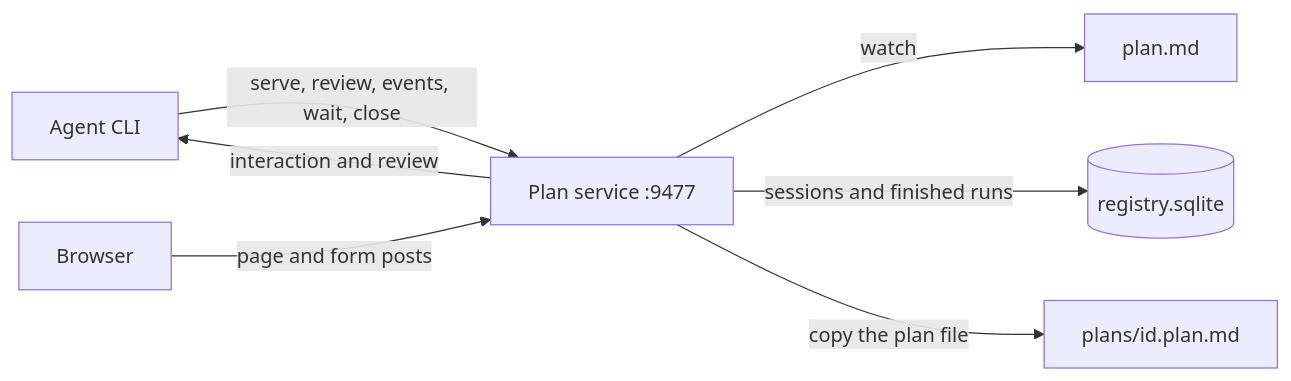
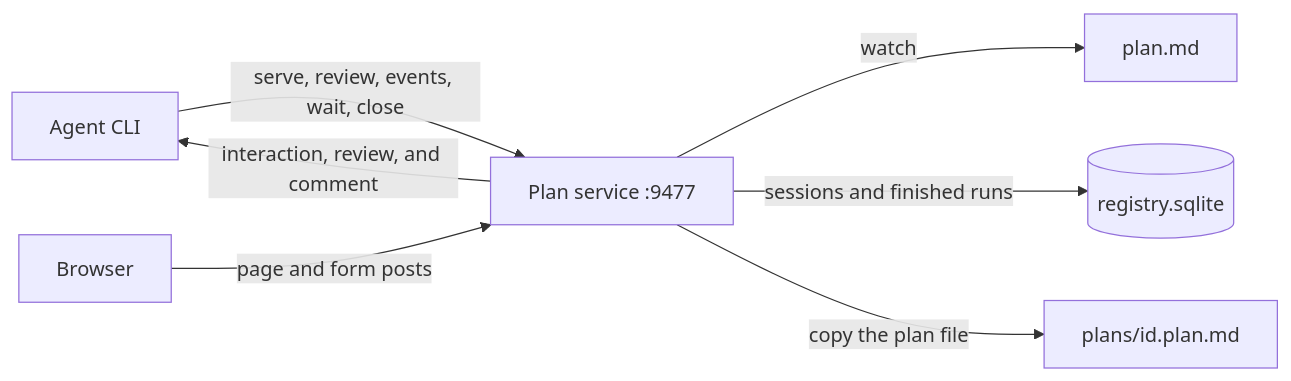
Before and after one commit to marco-calderon/visual-living-plan: the first of 5 diagrams in docs/architecture/README.md, drawn with Mermaid. The commit also changed other lines of this file and 33 other files, not shown here.

````diff
--- a/docs/architecture/README.md
+++ b/docs/architecture/README.md
@@ -11,16 +11,16 @@
 ```mermaid
 flowchart LR
   Agent["Agent CLI"]
   Browser["Browser"]
   Service["Plan service :9477"]
   File["plan.md"]
   DB[("registry.sqlite")]
   Archive["plans/id.plan.md"]
 
   Agent -->|"serve, review, events, wait, close"| Service
   Browser -->|"page and form posts"| Service
   Service -->|"watch"| File
   Service -->|"sessions and finished runs"| DB
   Service -->|"copy the plan file"| Archive
-  Service -->|"interaction and review"| Agent
+  Service -->|"interaction, review, and comment"| Agent
 ```
````
